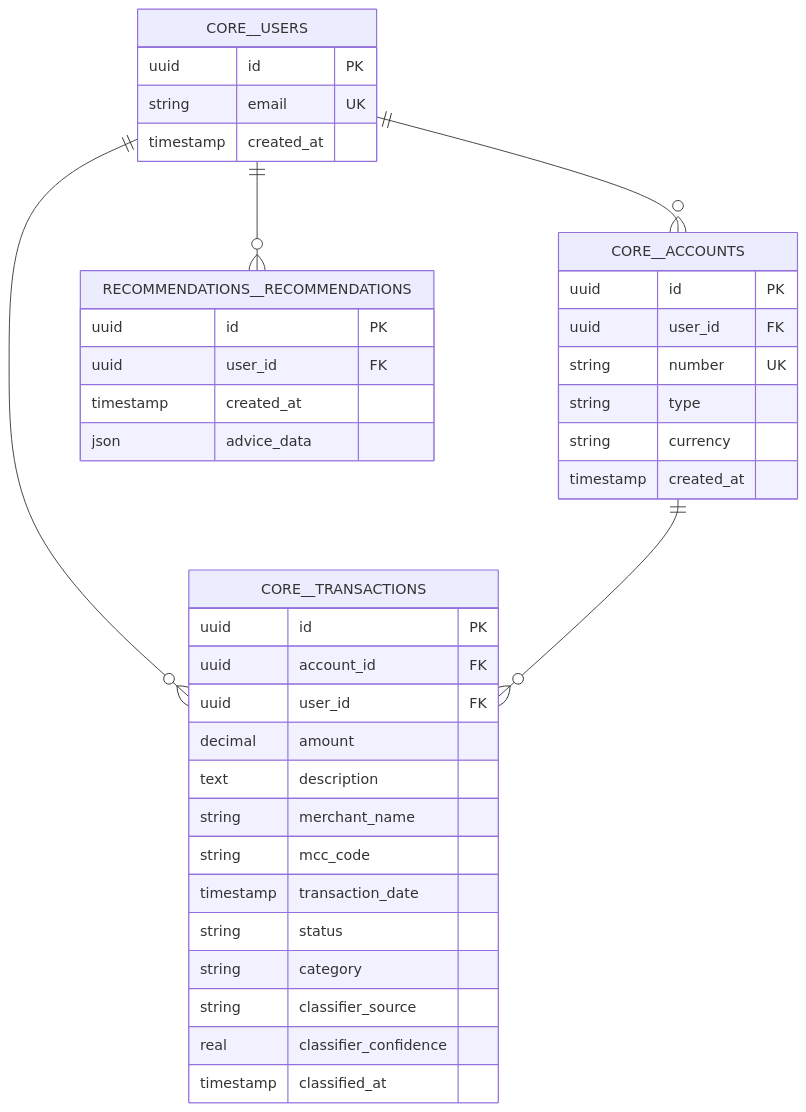
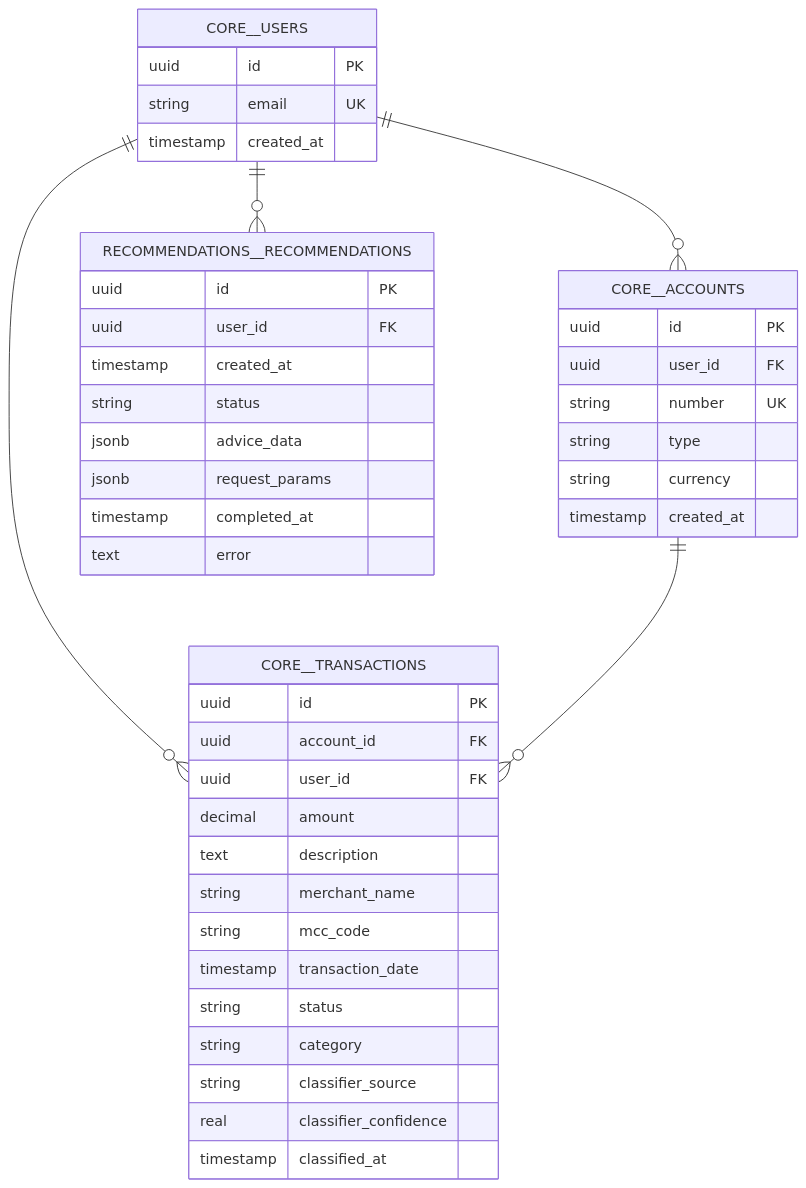
The third of 7 diagrams in docs/architecture_diagrams.md (irunazushan/finSense), drawn with Mermaid before and after one commit. The commit also changed other lines of this file and 9 other files, not shown here.

````diff
--- a/docs/architecture_diagrams.md
+++ b/docs/architecture_diagrams.md
@@ -84,45 +84,49 @@
 ```mermaid
 erDiagram
     CORE__USERS {
         uuid id PK
         string email UK
         timestamp created_at
     }
 
     CORE__ACCOUNTS {
         uuid id PK
         uuid user_id FK
         string number UK
         string type
         string currency
         timestamp created_at
     }
 
     CORE__TRANSACTIONS {
         uuid id PK
         uuid account_id FK
         uuid user_id FK
         decimal amount
         text description
         string merchant_name
         string mcc_code
         timestamp transaction_date
         string status
         string category
         string classifier_source
         real classifier_confidence
         timestamp classified_at
     }
 
     RECOMMENDATIONS__RECOMMENDATIONS {
         uuid id PK
         uuid user_id FK
         timestamp created_at
-        json advice_data
+        string status
+        jsonb advice_data
+        jsonb request_params
+        timestamp completed_at
+        text error
     }
 
     CORE__USERS ||--o{ CORE__ACCOUNTS : ""
     CORE__USERS ||--o{ CORE__TRANSACTIONS : ""
     CORE__ACCOUNTS ||--o{ CORE__TRANSACTIONS : ""
     CORE__USERS ||--o{ RECOMMENDATIONS__RECOMMENDATIONS : ""
 ```
````
